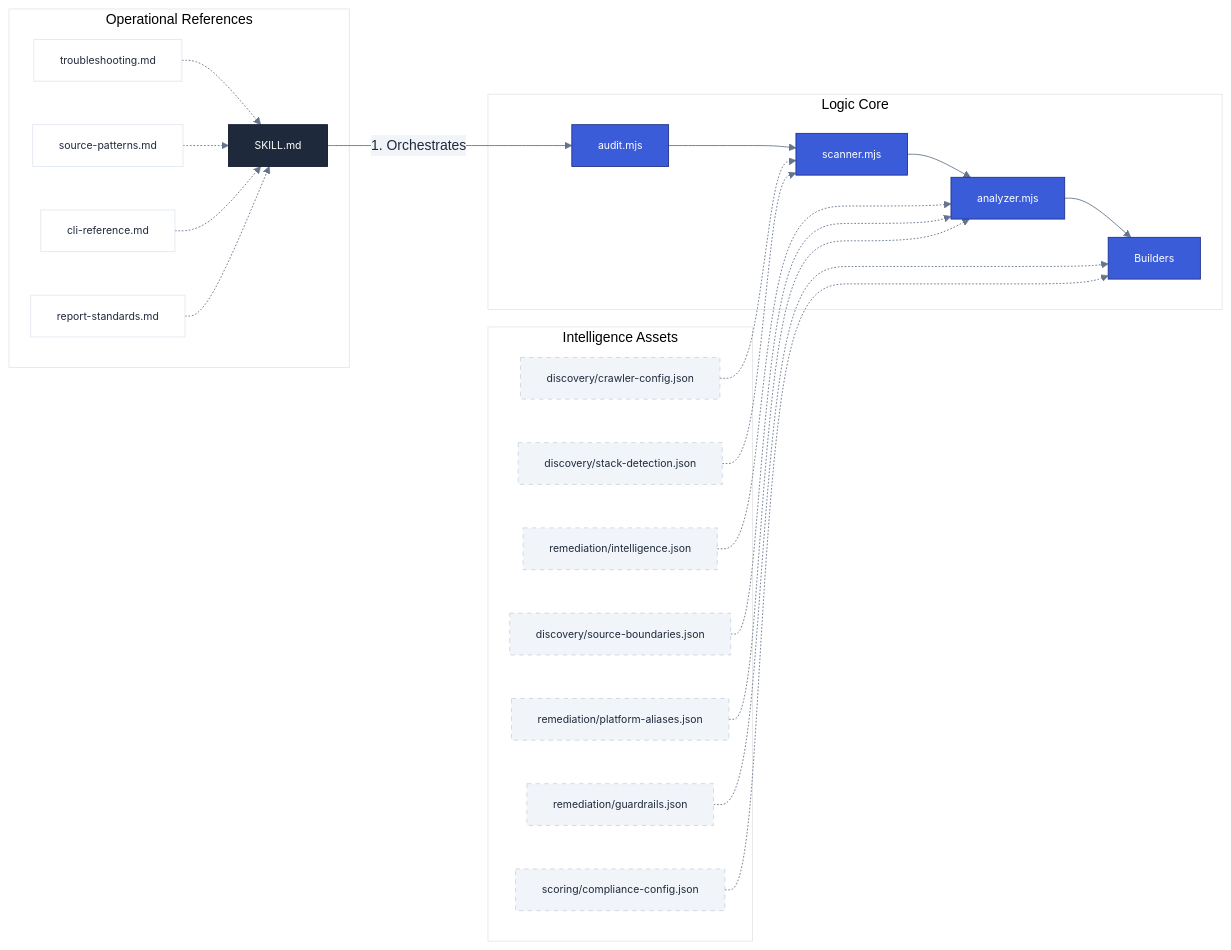
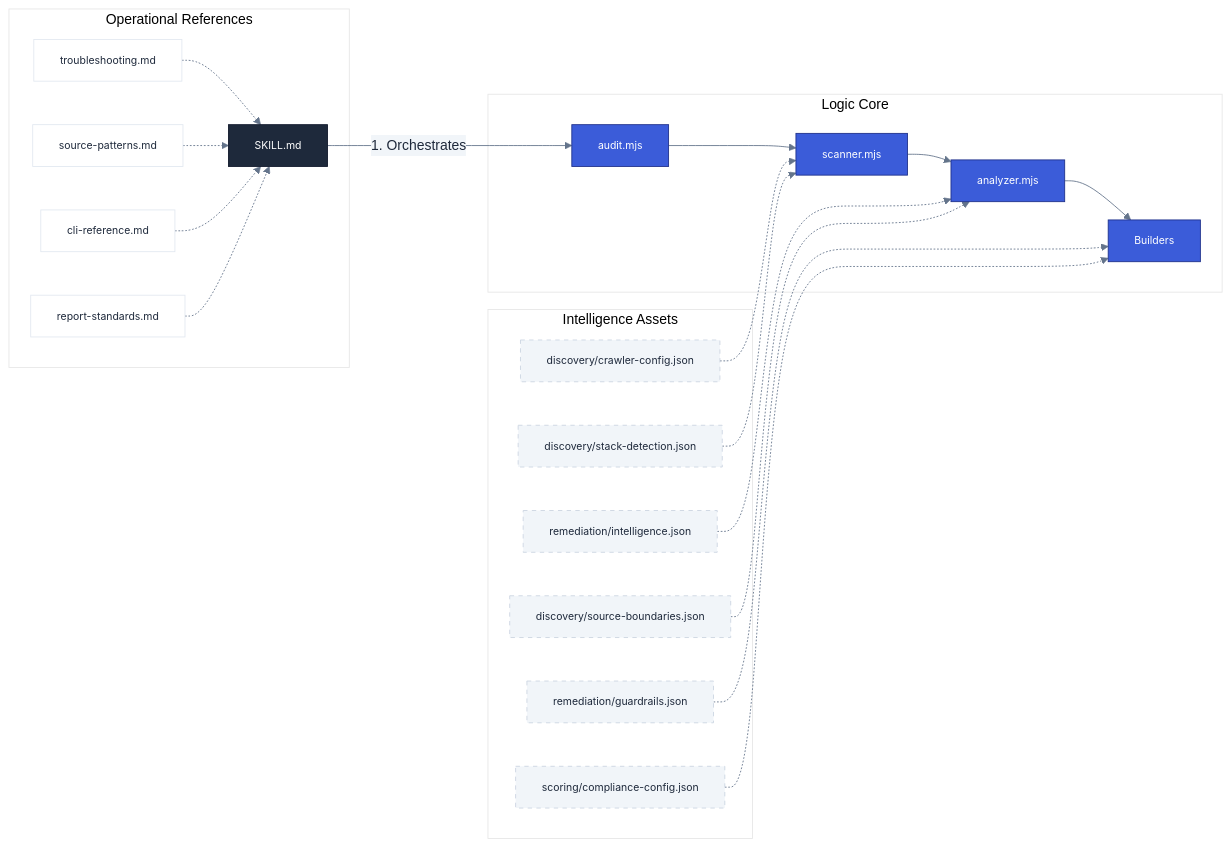
One commit to diegovelasquezweb/a11y-skill changed the second of 2 diagrams in docs/engine-manifest.md. Above: the diagram before and after it, drawn with Mermaid. The commit also changed other lines of this file and 3 other files, not shown here.

Commit message:
refactor: remove `platform-aliases.json` and replace its logic with in-code framework note resolvers.

````diff
--- a/docs/engine-manifest.md
+++ b/docs/engine-manifest.md
@@ -116,37 +115,36 @@
 ```mermaid
 %%{init: { 'theme': 'base', 'themeVariables': { 'primaryColor': '#3b5cd9', 'primaryTextColor': '#1e293b', 'primaryBorderColor': '#1e308a', 'lineColor': '#64748b', 'secondaryColor': '#f1f5f9', 'tertiaryColor': '#fff', 'mainBkg': '#fff', 'nodeBorder': '#e2e8f0' } } }%%
 flowchart LR
     A[SKILL.md] -- "1. Orchestrates" --> B[audit.mjs]
 
     subgraph Engine ["Logic Core"]
         B --> C[scanner.mjs]
         C --> D[analyzer.mjs]
         D --> E[Builders]
     end
 
     subgraph Data ["Intelligence Assets"]
         AS1[discovery/crawler-config.json] -.-> C
         AS2[discovery/stack-detection.json] -.-> C
         AS3[remediation/intelligence.json] -.-> D
         AS4[discovery/source-boundaries.json] -.-> D
-        AS5[remediation/platform-aliases.json] -.-> D
-        AS6[remediation/guardrails.json] -.-> E
-        AS7[scoring/compliance-config.json] -.-> E
+        AS5[remediation/guardrails.json] -.-> E
+        AS6[scoring/compliance-config.json] -.-> E
     end
 
     subgraph Knowledge ["Operational References"]
         R1[troubleshooting.md] -.-> A
         R2[source-patterns.md] -.-> A
         R3[cli-reference.md] -.-> A
         R4[report-standards.md] -.-> A
     end
 
     classDef default font-family:Inter,sans-serif,font-size:12px;
     classDef playbook fill:#1e293b,color:#fff,stroke:#0f172a;
     classDef core fill:#3b5cd9,color:#fff,stroke:#1e308a;
     classDef storage fill:#f1f5f9,stroke:#cbd5e1,stroke-dasharray: 5 5;
 
     class A playbook;
     class B,C,D,E core;
     class AS1,AS2,AS3,AS4,AS5,AS6,AS7 storage;
 ```
````
